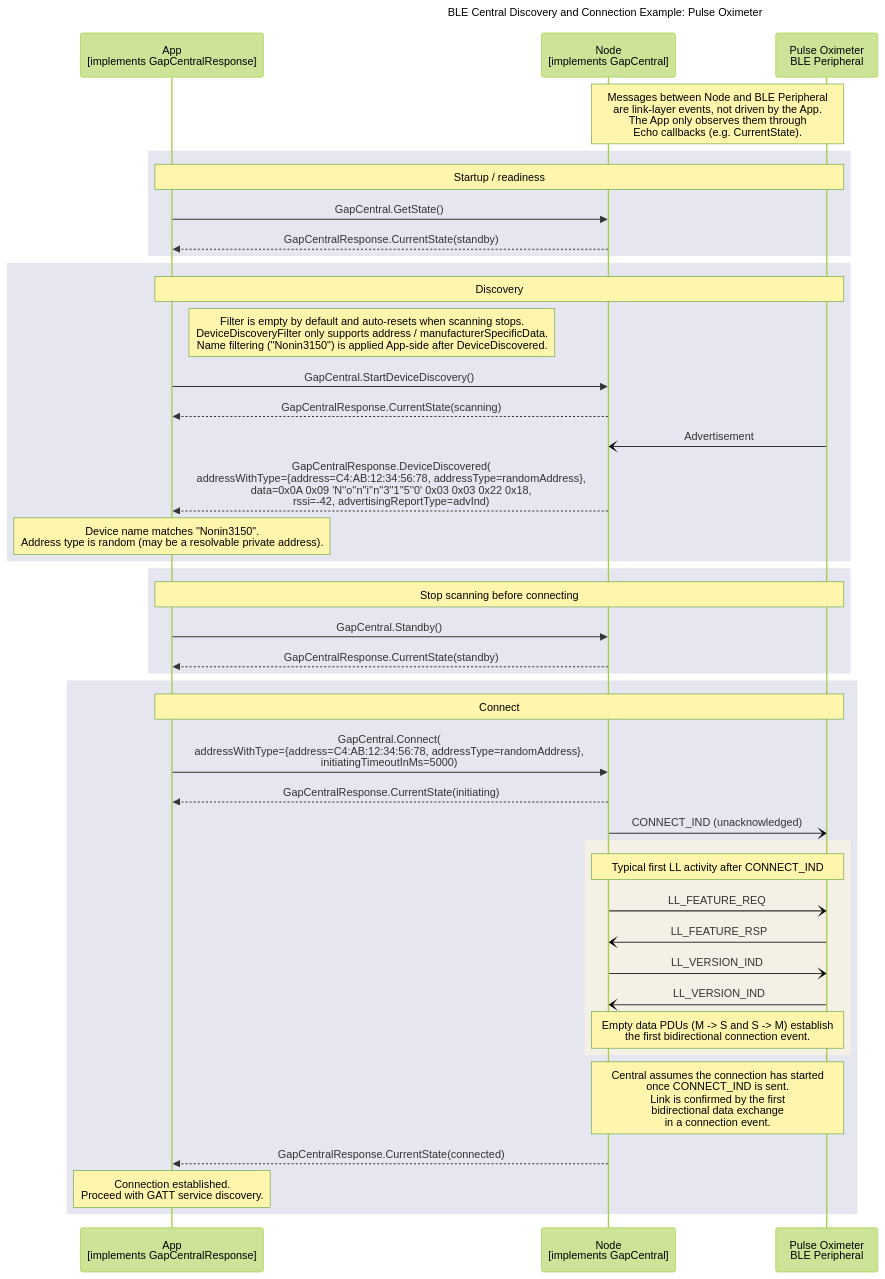
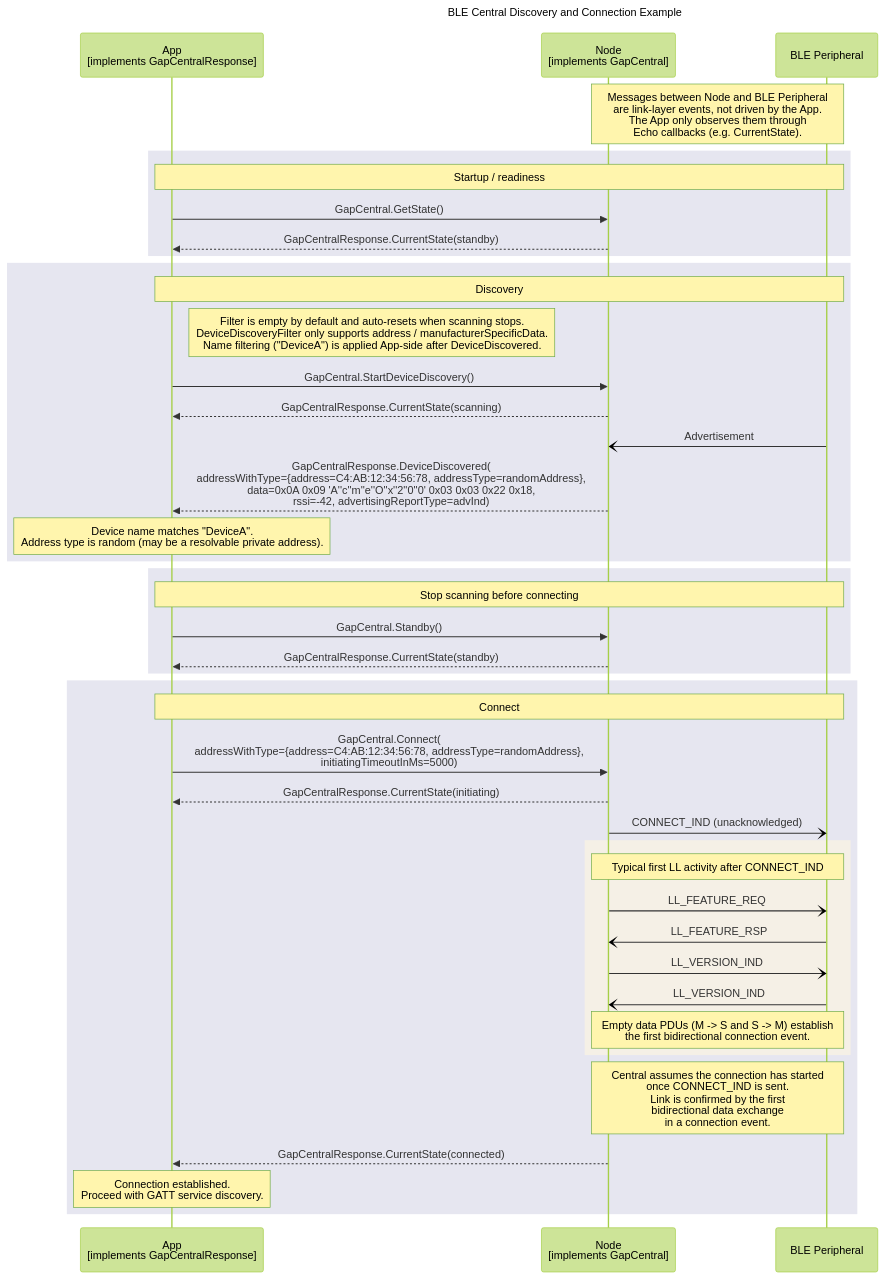
One commit to philips-software/amp-embedded-infra-lib changed the diagram in documents/modules/ROOT/partials/echoservices/gap_central/GapCentral_DiscoveryAndConnection_sequence_example.mmd. Above: the diagram before and after it, drawn with Mermaid (forest theme). The commit also changed 35 other files, not shown here.

```diff
--- a/documents/modules/ROOT/partials/echoservices/gap_central/GapCentral_DiscoveryAndConnection_sequence_example.mmd
+++ b/documents/modules/ROOT/partials/echoservices/gap_central/GapCentral_DiscoveryAndConnection_sequence_example.mmd
@@ -1,52 +1,52 @@
 sequenceDiagram
-    title BLE Central Discovery and Connection Example: Pulse Oximeter
+    title BLE Central Discovery and Connection Example
 
     participant App as App<br>[implements GapCentralResponse]
     participant Node as Node<br>[implements GapCentral]
-    participant Peripheral as Pulse Oximeter<br>BLE Peripheral
+    participant Peripheral as BLE Peripheral
 
     Note over Node, Peripheral: Messages between Node and BLE Peripheral<br>are link-layer events, not driven by the App.<br>The App only observes them through<br>Echo callbacks (e.g. CurrentState).
 
     rect rgb(230, 230, 240)
         note over App, Peripheral: Startup / readiness
         App->>Node: GapCentral.GetState()
         Node-->>App: GapCentralResponse.CurrentState(standby)
     end
 
     rect rgb(230, 230, 240)
         note over App, Peripheral: Discovery
-        Note right of App: Filter is empty by default and auto-resets when scanning stops.<br>DeviceDiscoveryFilter only supports address / manufacturerSpecificData.<br>Name filtering ("Nonin3150") is applied App-side after DeviceDiscovered.
+        Note right of App: Filter is empty by default and auto-resets when scanning stops.<br>DeviceDiscoveryFilter only supports address / manufacturerSpecificData.<br>Name filtering ("DeviceA") is applied App-side after DeviceDiscovered.
         App->>Node: GapCentral.StartDeviceDiscovery()
         Node-->>App: GapCentralResponse.CurrentState(scanning)
 
         Peripheral-)Node: Advertisement
-        Node-->>App: GapCentralResponse.DeviceDiscovered(<br>addressWithType={address=C4:AB:12:34:56:78, addressType=randomAddress},<br>data=0x0A 0x09 'N''o''n''i''n''3''1''5''0' 0x03 0x03 0x22 0x18,<br>rssi=-42, advertisingReportType=advInd)
+        Node-->>App: GapCentralResponse.DeviceDiscovered(<br>addressWithType={address=C4:AB:12:34:56:78, addressType=randomAddress},<br>data=0x0A 0x09 'A''c''m''e''O''x''2''0''0' 0x03 0x03 0x22 0x18,<br>rssi=-42, advertisingReportType=advInd)
 
-        note over App: Device name matches "Nonin3150".<br>Address type is random (may be a resolvable private address).
+        note over App: Device name matches "DeviceA".<br>Address type is random (may be a resolvable private address).
     end
 
     rect rgb(230, 230, 240)
         note over App, Peripheral: Stop scanning before connecting
         App->>Node: GapCentral.Standby()
         Node-->>App: GapCentralResponse.CurrentState(standby)
     end
 
     rect rgb(230, 230, 240)
         note over App, Peripheral: Connect
         App->>Node: GapCentral.Connect(<br>addressWithType={address=C4:AB:12:34:56:78, addressType=randomAddress},<br>initiatingTimeoutInMs=5000)
         Node-->>App: GapCentralResponse.CurrentState(initiating)
 
         Node-)Peripheral: CONNECT_IND (unacknowledged)
         rect rgb(245, 240, 230)
             Note over Node, Peripheral: Typical first LL activity after CONNECT_IND
             Node-)Peripheral: LL_FEATURE_REQ
             Peripheral-)Node: LL_FEATURE_RSP
             Node-)Peripheral: LL_VERSION_IND
             Peripheral-)Node: LL_VERSION_IND
             Note over Node, Peripheral: Empty data PDUs (M -> S and S -> M) establish<br>the first bidirectional connection event.
         end
         Note over Node, Peripheral: Central assumes the connection has started<br>once CONNECT_IND is sent.<br>Link is confirmed by the first<br>bidirectional data exchange<br>in a connection event.
         Node-->>App: GapCentralResponse.CurrentState(connected)
 
         note over App: Connection established.<br>Proceed with GATT service discovery.
     end
```
